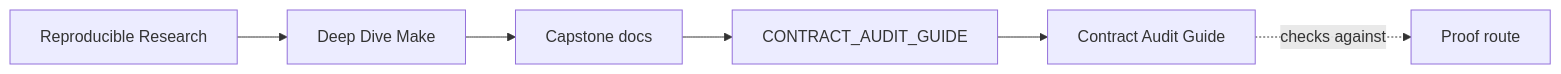
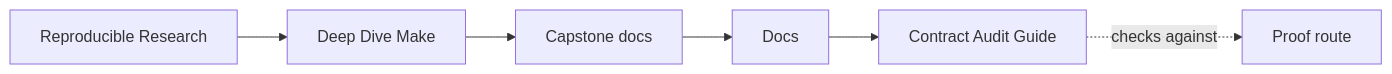
Before and after one commit to bijux/bijux-masterclass: the first of 2 diagrams in programs/reproducible-research/deep-dive-make/capstone/docs/contract-audit-guide.md, drawn with Mermaid. The commit also changed other lines of this file and 146 other files, not shown here.

````diff
--- a/programs/reproducible-research/deep-dive-make/capstone/docs/contract-audit-guide.md
+++ b/programs/reproducible-research/deep-dive-make/capstone/docs/contract-audit-guide.md
@@ -7,12 +7,12 @@
 ```mermaid
 graph LR
   family["Reproducible Research"]
   program["Deep Dive Make"]
   guide["Capstone docs"]
-  section["CONTRACT_AUDIT_GUIDE"]
+  section["Docs"]
   page["Contract Audit Guide"]
   proof["Proof route"]
 
   family --> program --> guide --> section --> page
   page -.checks against.-> proof
 ```
````
